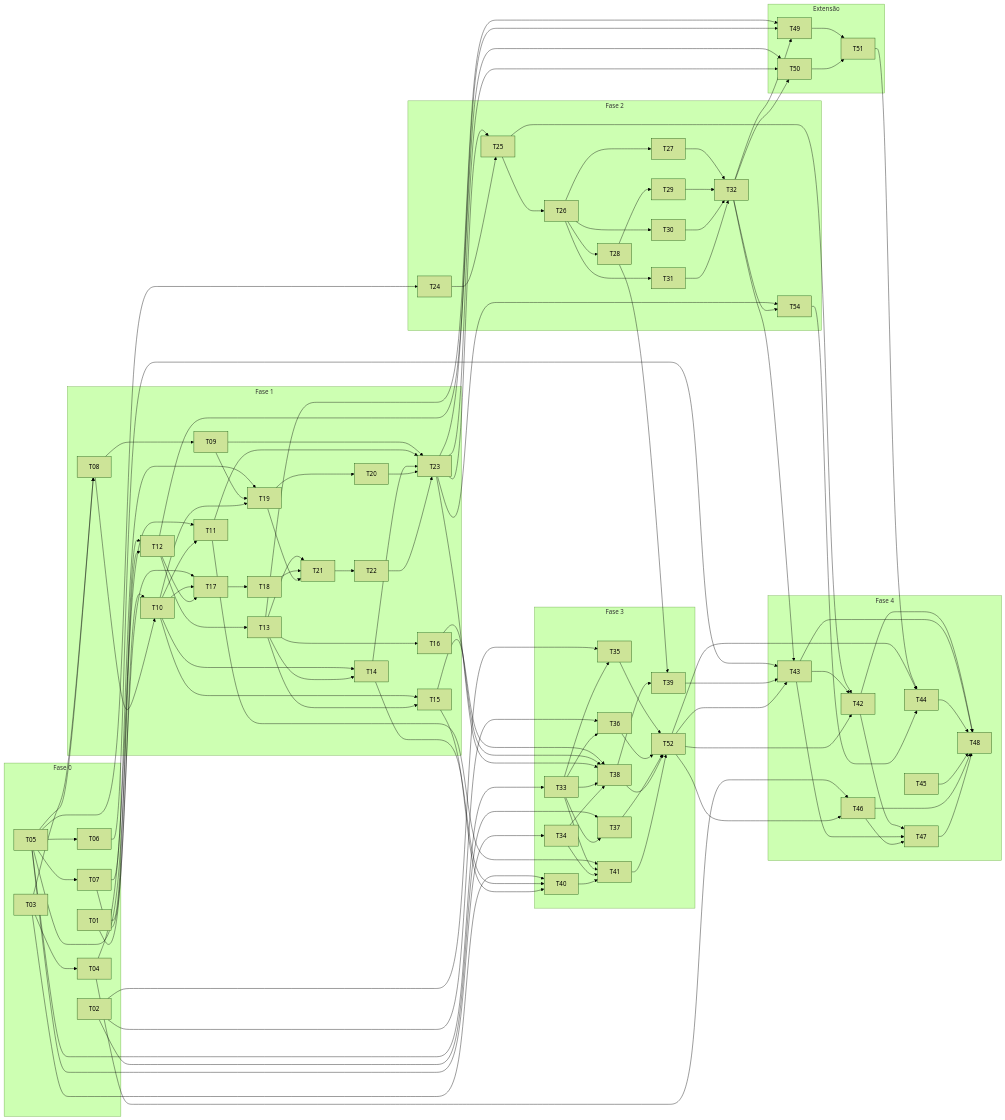
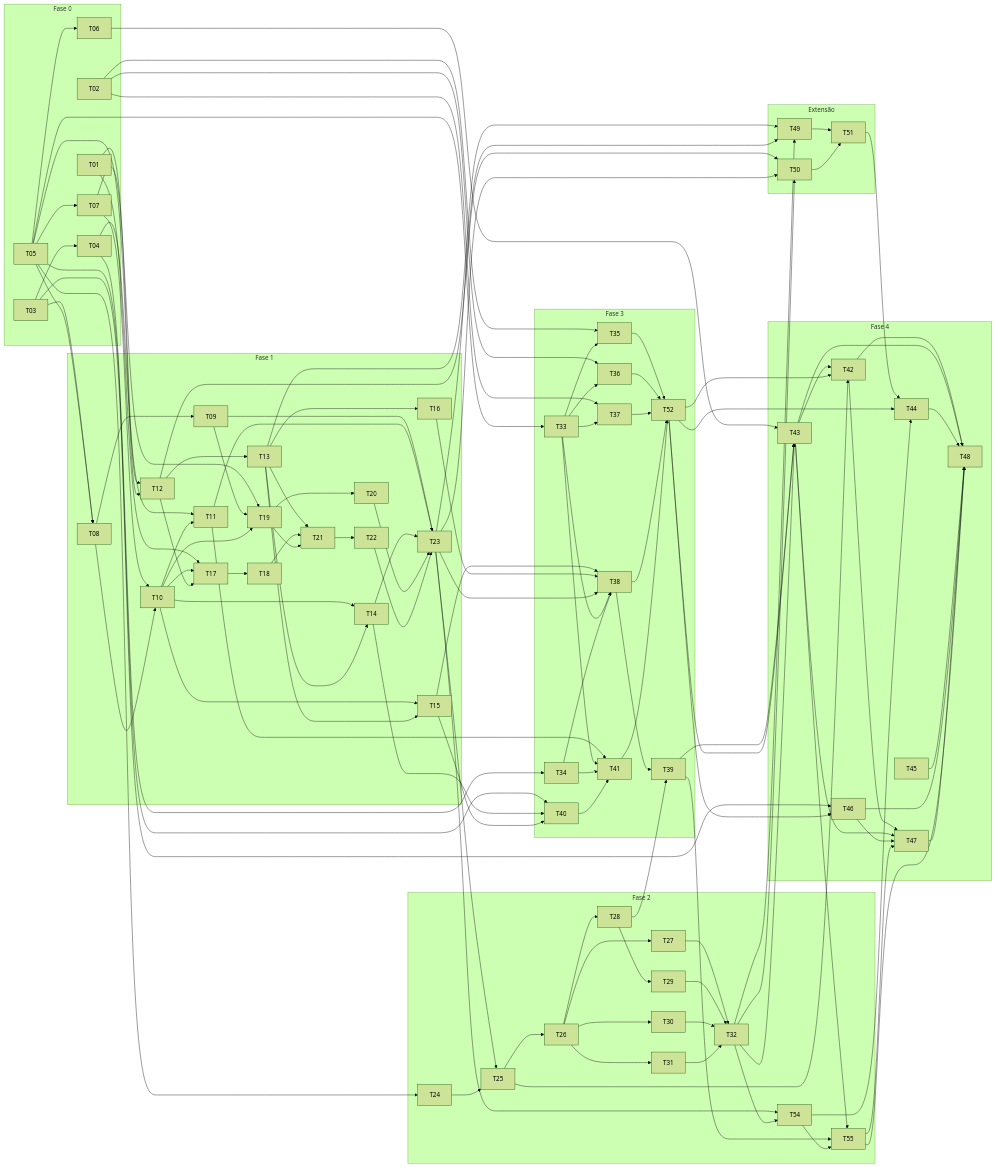
The diagram in .kiro/specs/rastro/dependencias.md (SENAI-IA/iapd-26t1-e01-rastro), drawn with Mermaid (forest theme) before and after one commit. The commit also changed other lines of this file and 6 other files, not shown here.

````diff
--- a/.kiro/specs/rastro/dependencias.md
+++ b/.kiro/specs/rastro/dependencias.md
@@ -76,65 +77,66 @@
 ```mermaid
 flowchart LR
   subgraph F0[Fase 0]
     T01; T02; T03; T04; T05; T06; T07
   end
   subgraph F1[Fase 1]
     T08; T09; T10; T11; T12; T13; T14; T15; T16; T17; T18; T19; T20; T21; T22; T23
   end
   subgraph F2[Fase 2]
-    T24; T25; T26; T27; T28; T29; T30; T31; T32; T54
+    T24; T25; T26; T27; T28; T29; T30; T31; T32; T54; T55
   end
   subgraph F3[Fase 3]
     T33; T34; T35; T36; T37; T38; T39; T40; T41; T52
   end
   subgraph EX[Extensão]
     T49; T50; T51
   end
   subgraph F4[Fase 4]
     T42; T43; T44; T45; T46; T47; T48
   end
 
   T03 --> T04
   T05 --> T06 & T07 & T24 & T33 & T34
   T03 & T05 --> T08
   T01 & T05 --> T12
   T08 --> T09
   T07 & T08 --> T10
   T04 & T10 --> T11
   T12 --> T13
   T10 & T13 --> T14
   T10 & T13 --> T15
   T13 --> T16
   T01 & T10 & T12 --> T17
   T17 --> T18
   T07 & T09 & T10 --> T19
   T19 --> T20
   T13 & T18 & T19 --> T21
   T21 --> T22
   T09 & T11 & T14 & T20 & T22 --> T23
 
   T23 & T24 --> T25
   T25 --> T26
   T26 --> T27 & T28 & T30 & T31
   T28 --> T29
   T27 & T29 & T30 & T31 --> T32
   T23 & T32 --> T54
+  T39 & T43 & T54 --> T55
 
   T02 & T33 --> T35 & T36 & T37
   T15 & T16 & T23 & T33 & T34 --> T38
   T28 & T38 --> T39
   T03 & T14 & T15 --> T40
   T11 & T33 & T34 & T40 --> T41
   T35 & T36 & T37 & T38 & T41 --> T52
 
   T13 & T23 & T32 --> T49
   T12 & T23 & T32 --> T50
   T49 & T50 --> T51
 
   T06 & T32 & T39 & T52 --> T43
   T25 & T43 & T52 --> T42
   T51 & T52 & T54 --> T44
   T04 & T52 --> T46
-  T42 & T43 & T46 --> T47
-  T42 & T43 & T44 & T45 & T46 & T47 --> T48
+  T42 & T43 & T46 & T55 --> T47
+  T42 & T43 & T44 & T45 & T46 & T47 & T55 --> T48
 ```
````
